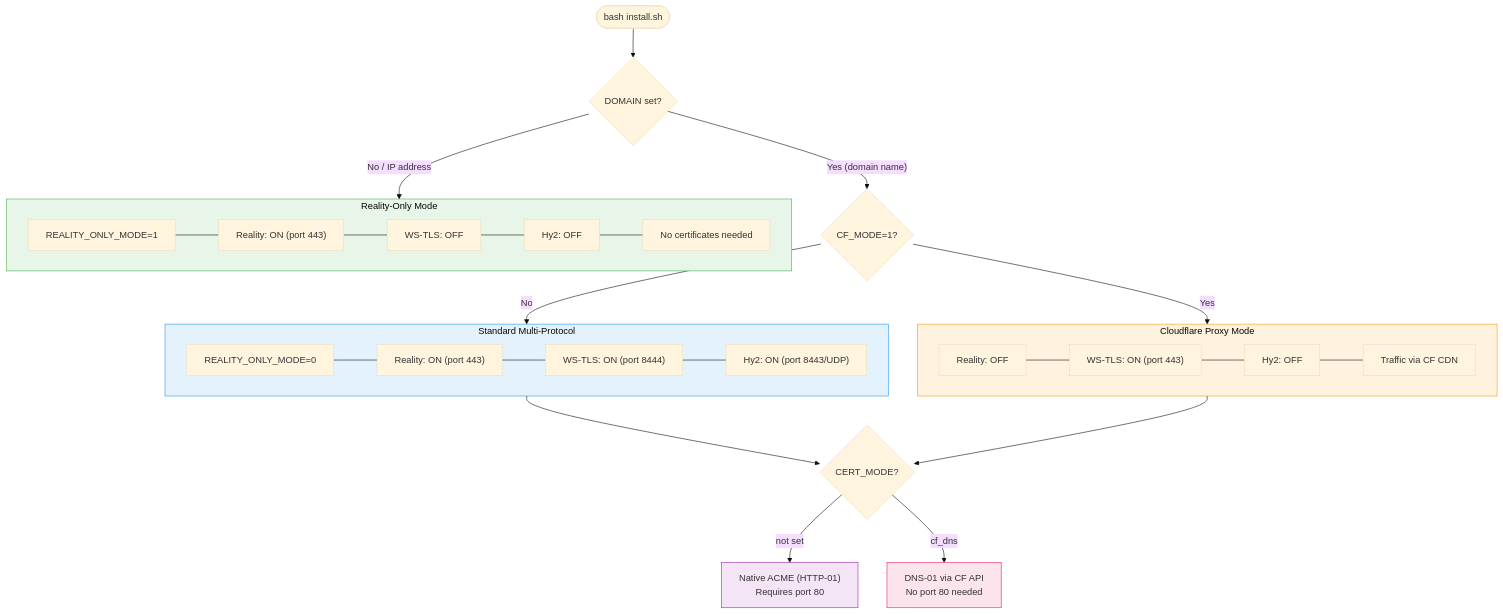
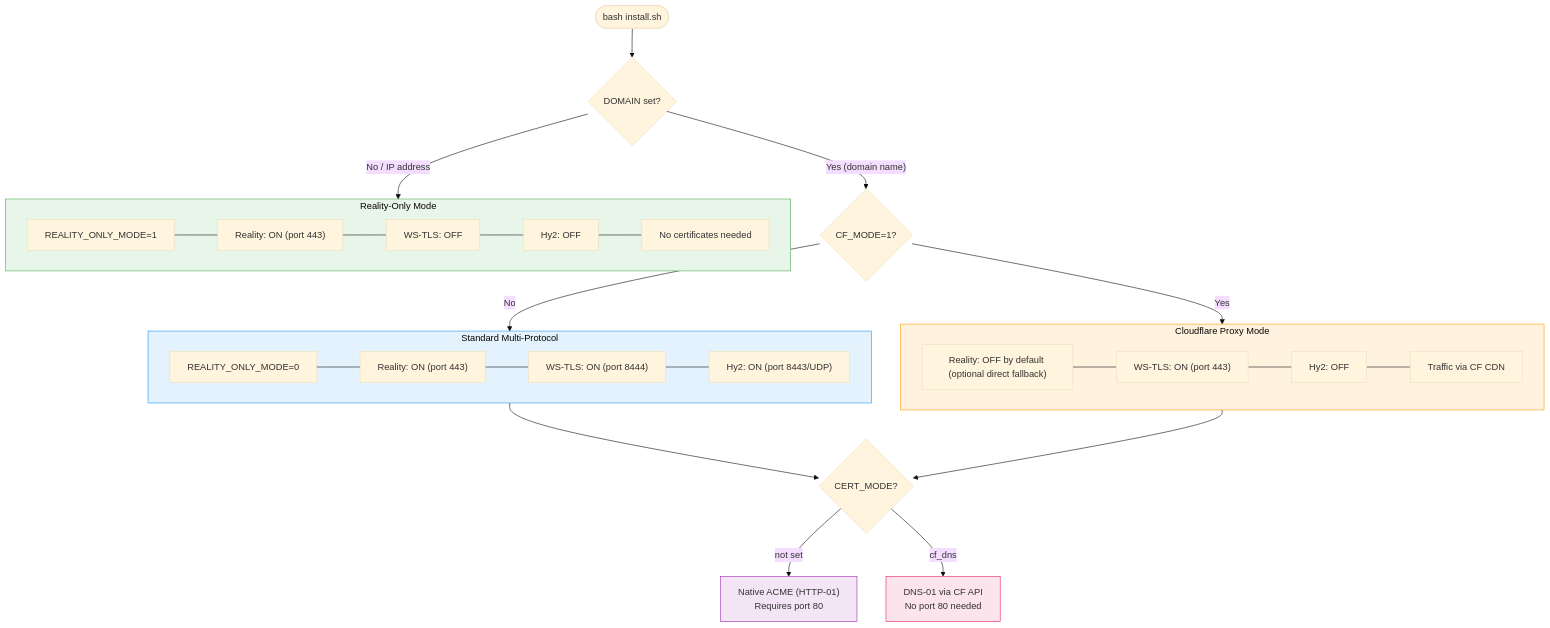
The third of 8 diagrams in docs/ARCHITECTURE_DIAGRAMS.md (xrf9268-hue/sbx), drawn with Mermaid (base theme) before and after one commit. The commit also changed other lines of this file and 2 other files, not shown here.

Commit message:
Fix kernel release suffix parsing and align architecture docs

````diff
--- a/docs/ARCHITECTURE_DIAGRAMS.md
+++ b/docs/ARCHITECTURE_DIAGRAMS.md
@@ -201,48 +201,48 @@
 ```mermaid
 flowchart TD
     START(["bash install.sh"]) --> DOMAIN_CHECK{"DOMAIN set?"}
 
     DOMAIN_CHECK -->|"No / IP address"| REALITY_ONLY
     DOMAIN_CHECK -->|"Yes (domain name)"| CF_CHECK
 
     subgraph REALITY_ONLY["Reality-Only Mode"]
         R1["REALITY_ONLY_MODE=1"]
         R2["Reality: ON (port 443)"]
         R3["WS-TLS: OFF"]
         R4["Hy2: OFF"]
         R5["No certificates needed"]
         R1 --- R2 --- R3 --- R4 --- R5
     end
 
     CF_CHECK{"CF_MODE=1?"}
     CF_CHECK -->|No| STANDARD
     CF_CHECK -->|Yes| CF_MODE
 
     subgraph STANDARD["Standard Multi-Protocol"]
         S1["REALITY_ONLY_MODE=0"]
         S2["Reality: ON (port 443)"]
         S3["WS-TLS: ON (port 8444)"]
         S4["Hy2: ON (port 8443/UDP)"]
         S1 --- S2 --- S3 --- S4
     end
 
     subgraph CF_MODE["Cloudflare Proxy Mode"]
-        C1["Reality: OFF"]
+        C1["Reality: OFF by default (optional direct fallback)"]
         C2["WS-TLS: ON (port 443)"]
         C3["Hy2: OFF"]
         C4["Traffic via CF CDN"]
         C1 --- C2 --- C3 --- C4
     end
 
     STANDARD --> CERT_CHECK{"CERT_MODE?"}
     CF_MODE --> CERT_CHECK
 
     CERT_CHECK -->|"not set"| ACME_HTTP["Native ACME (HTTP-01)<br/>Requires port 80"]
     CERT_CHECK -->|"cf_dns"| ACME_DNS["DNS-01 via CF API<br/>No port 80 needed"]
 
     style REALITY_ONLY fill:#e8f5e9,stroke:#4caf50
     style STANDARD fill:#e3f2fd,stroke:#2196f3
     style CF_MODE fill:#fff3e0,stroke:#ff9800
     style ACME_HTTP fill:#f3e5f5,stroke:#9c27b0
     style ACME_DNS fill:#fce4ec,stroke:#e91e63
 ```
````
